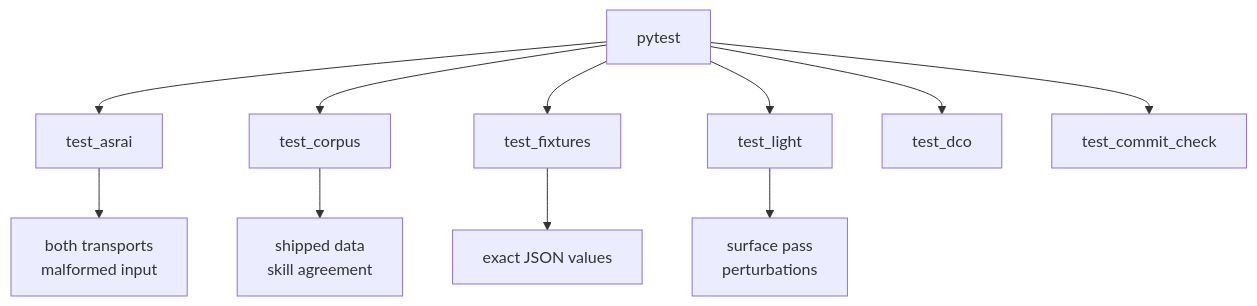
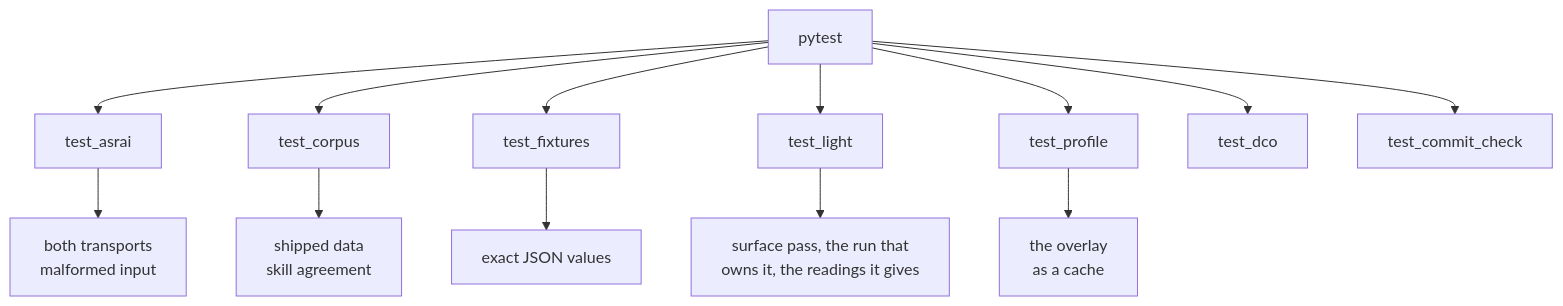
One commit to Stdev17/asrai changed the diagram in tests/README.md. Above: the diagram before and after it, drawn with Mermaid. The commit also changed other lines of this file, not shown here.

Commit message:
docs(tests): name the two files the index lost
`test_profile.py` has been in this directory since the overlay landed and appears in neither the graph
nor the table, so the index says six test files where there are seven. `test_light.py`'s row stops at
the surface pass, which stopped being the whole file when the run took the record and the axes and
again when it took the readings.

A directory README is the first thing a contributor reads to find where a check belongs. One that
undercounts sends them to write a second copy of a test that already exists, which is the specific
failure this repository has already paid for in code.

Owners: tests

````diff
--- a/tests/README.md
+++ b/tests/README.md
@@ -11,8 +11,9 @@
 ```mermaid
 flowchart TD
-    PYTEST[pytest] --> ASRAI[test_asrai] & CORPUS[test_corpus] & FIXTURES[test_fixtures] & LIGHT[test_light] & DCO[test_dco] & COMMITS[test_commit_check]
+    PYTEST[pytest] --> ASRAI[test_asrai] & CORPUS[test_corpus] & FIXTURES[test_fixtures] & LIGHT[test_light] & PROFILE[test_profile] & DCO[test_dco] & COMMITS[test_commit_check]
     ASRAI --> TRANSPORTS["both transports<br/>malformed input"]
     CORPUS --> STOCK["shipped data<br/>skill agreement"]
     FIXTURES --> VALUES["exact JSON values"]
-    LIGHT --> SURFACE["surface pass<br/>perturbations"]
+    LIGHT --> SURFACE["surface pass, the run that<br/>owns it, the readings it gives"]
+    PROFILE --> OVERLAY["the overlay<br/>as a cache"]
 ```
````
